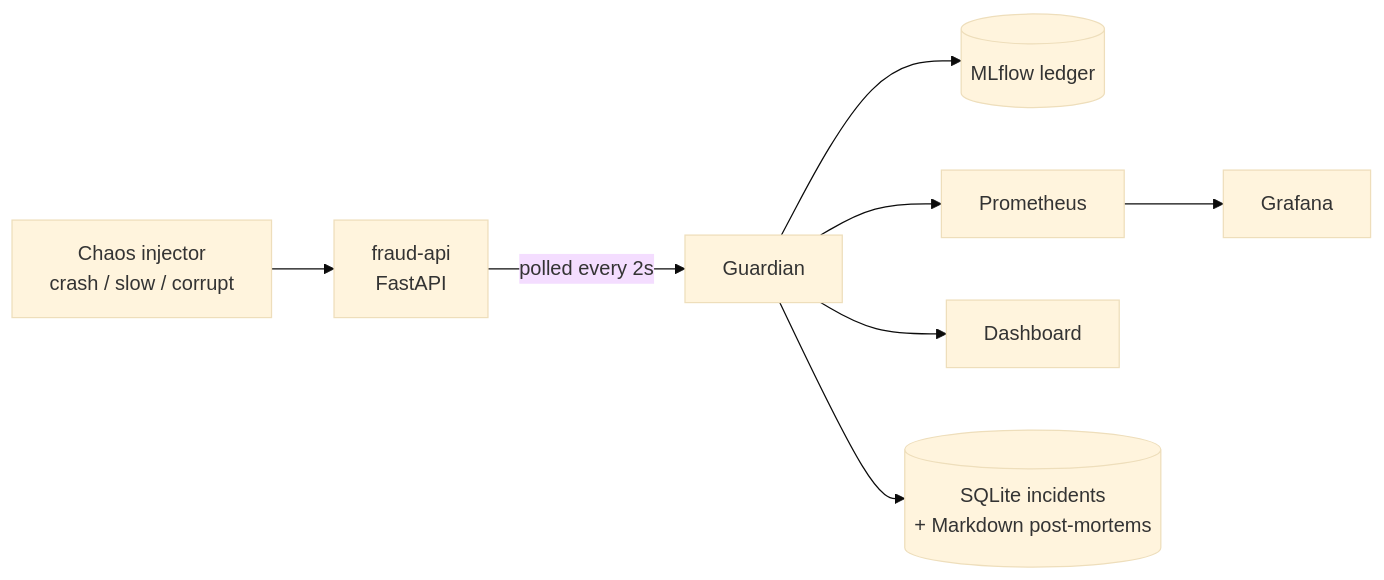
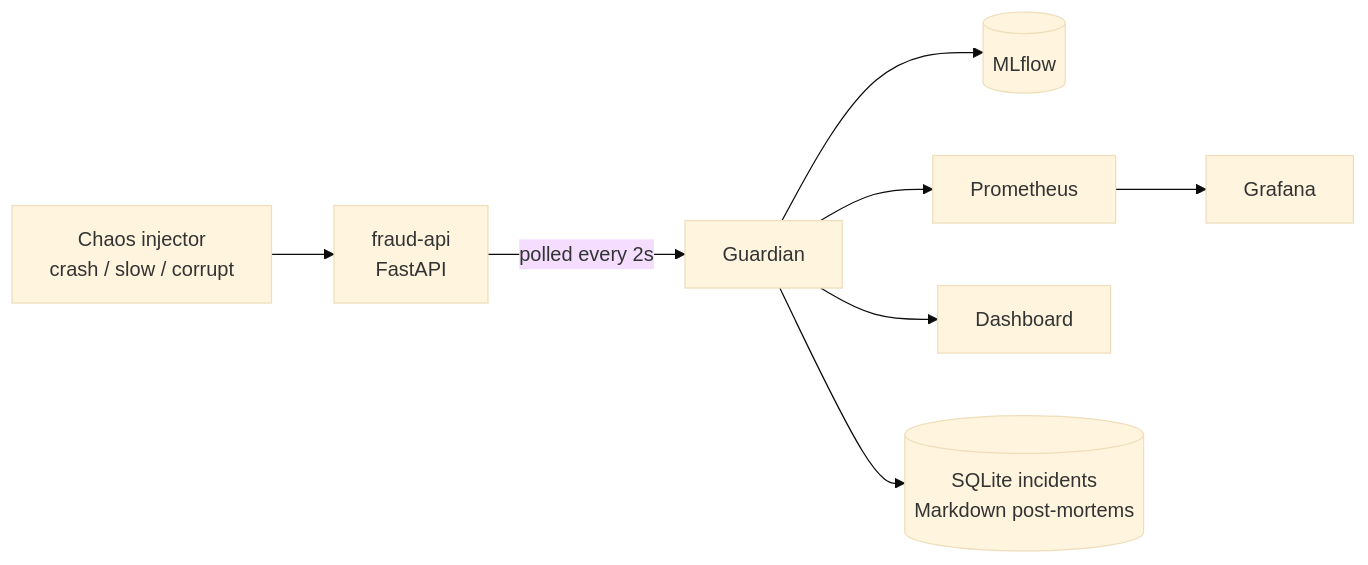
One commit to pradhanashwarya2122/pradhanashwarya2122 changed the fifth of 7 diagrams in README.md. Above: the diagram before and after it, drawn with Mermaid (base theme). The commit also changed other lines of this file, not shown here.

````diff
--- a/README.md
+++ b/README.md
@@ -214,9 +212,9 @@
 ```mermaid
 flowchart LR
     CH[Chaos injector<br/>crash / slow / corrupt] --> API[fraud-api<br/>FastAPI]
     API -- polled every 2s --> G[Guardian]
-    G --> ML[(MLflow ledger)]
+    G --> ML[(MLflow)]
     G --> P[Prometheus] --> GR[Grafana]
     G --> DASH[Dashboard]
-    G --> DB[(SQLite incidents<br/>+ Markdown post-mortems)]
+    G --> DB[(SQLite incidents<br/>Markdown post-mortems)]
 ```
````
